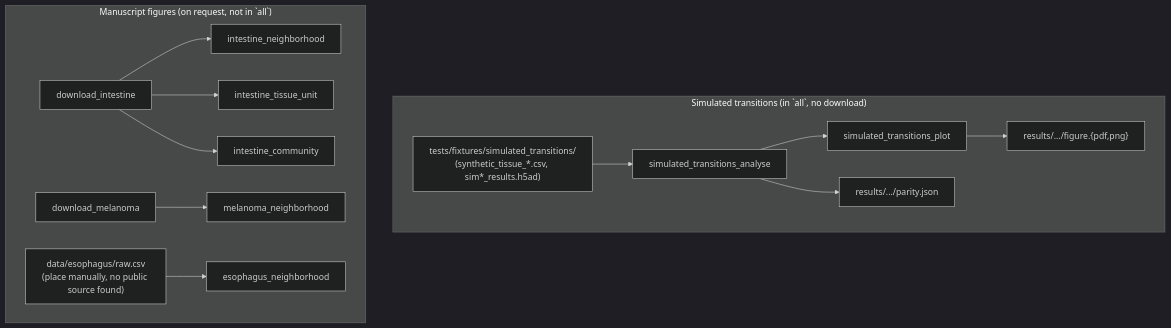
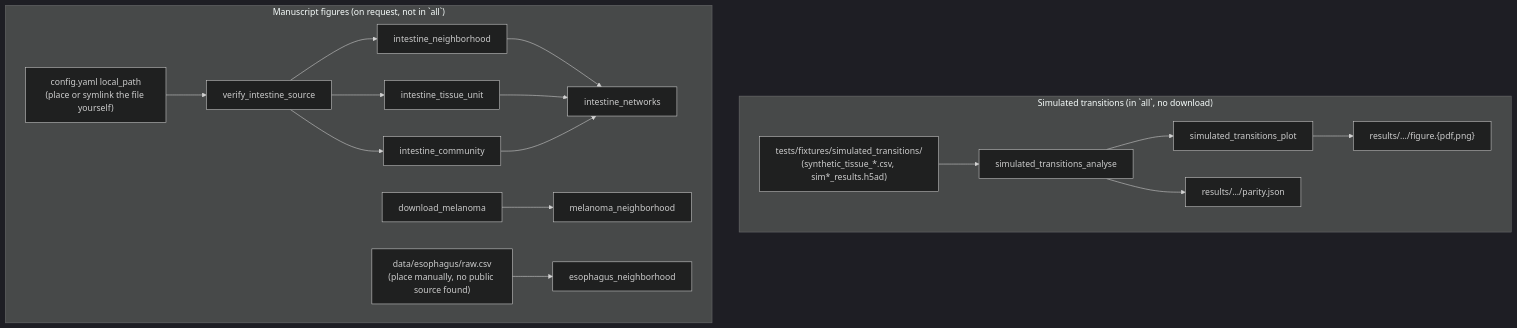
One commit to alejandro-soto-franco/Mingl changed the diagram in README.md. Above: the diagram before and after it, drawn with Mermaid (dark theme). The commit also changed other lines of this file, not shown here.

First line of the commit message:
README: document the real intestine results and the opt-in lock

````diff
--- a/README.md
+++ b/README.md
@@ -62,17 +67,21 @@
 ```mermaid
 flowchart TD
     subgraph "Simulated transitions (in `all`, no download)"
         fixtures["tests/fixtures/simulated_transitions/\n(synthetic_tissue_*.csv, sim*_results.h5ad)"] --> analyse[simulated_transitions_analyse]
         analyse --> plot[simulated_transitions_plot]
         analyse --> parity["results/.../parity.json"]
         plot --> figs["results/.../figure.{pdf,png}"]
     end
 
     subgraph "Manuscript figures (on request, not in `all`)"
-        dl_int[download_intestine] --> int_n[intestine_neighborhood]
-        dl_int --> int_tu[intestine_tissue_unit]
-        dl_int --> int_comm[intestine_community]
+        int_raw["config.yaml local_path\n(place or symlink the file yourself)"] --> verify[verify_intestine_source]
+        verify --> int_n[intestine_neighborhood]
+        verify --> int_tu[intestine_tissue_unit]
+        verify --> int_comm[intestine_community]
+        int_n --> int_net[intestine_networks]
+        int_tu --> int_net
+        int_comm --> int_net
         dl_mel[download_melanoma] --> mel_n[melanoma_neighborhood]
         eso_raw["data/esophagus/raw.csv\n(place manually, no public source found)"] --> eso_n[esophagus_neighborhood]
     end
 ```
````
